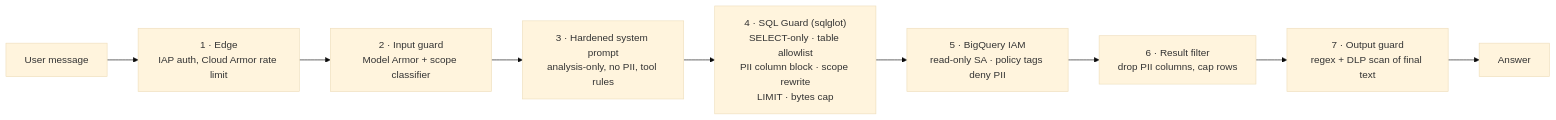
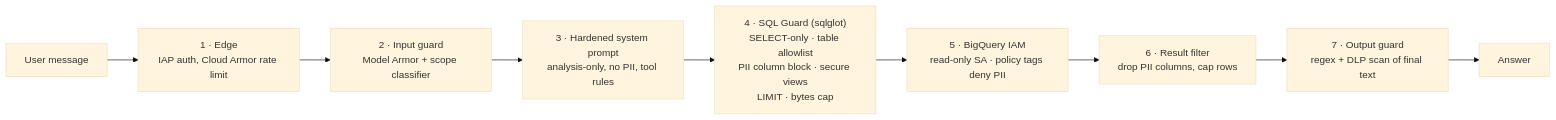
The seventh of 8 diagrams in docs/architecture.md (jbernardobvdias/ai-challange), drawn with Mermaid (base theme) before and after one commit. The commit also changed other lines of this file and 21 other files, not shown here.

Commit message:
Added SQL guard, PII filters, input guard and per-user product scope

````diff
--- a/docs/architecture.md
+++ b/docs/architecture.md
@@ -348,11 +348,11 @@
 ```mermaid
 flowchart LR
     M[User message] --> L1["1 · Edge<br/>IAP auth, Cloud Armor rate limit"]
     L1 --> L2["2 · Input guard<br/>Model Armor + scope classifier"]
     L2 --> L3["3 · Hardened system prompt<br/>analysis-only, no PII, tool rules"]
-    L3 --> L4["4 · SQL Guard (sqlglot)<br/>SELECT-only · table allowlist<br/>PII column block · scope rewrite<br/>LIMIT · bytes cap"]
+    L3 --> L4["4 · SQL Guard (sqlglot)<br/>SELECT-only · table allowlist<br/>PII column block · secure views<br/>LIMIT · bytes cap"]
     L4 --> L5["5 · BigQuery IAM<br/>read-only SA · policy tags deny PII"]
     L5 --> L6["6 · Result filter<br/>drop PII columns, cap rows"]
     L6 --> L7["7 · Output guard<br/>regex + DLP scan of final text"]
     L7 --> R[Answer]
 ```
````
